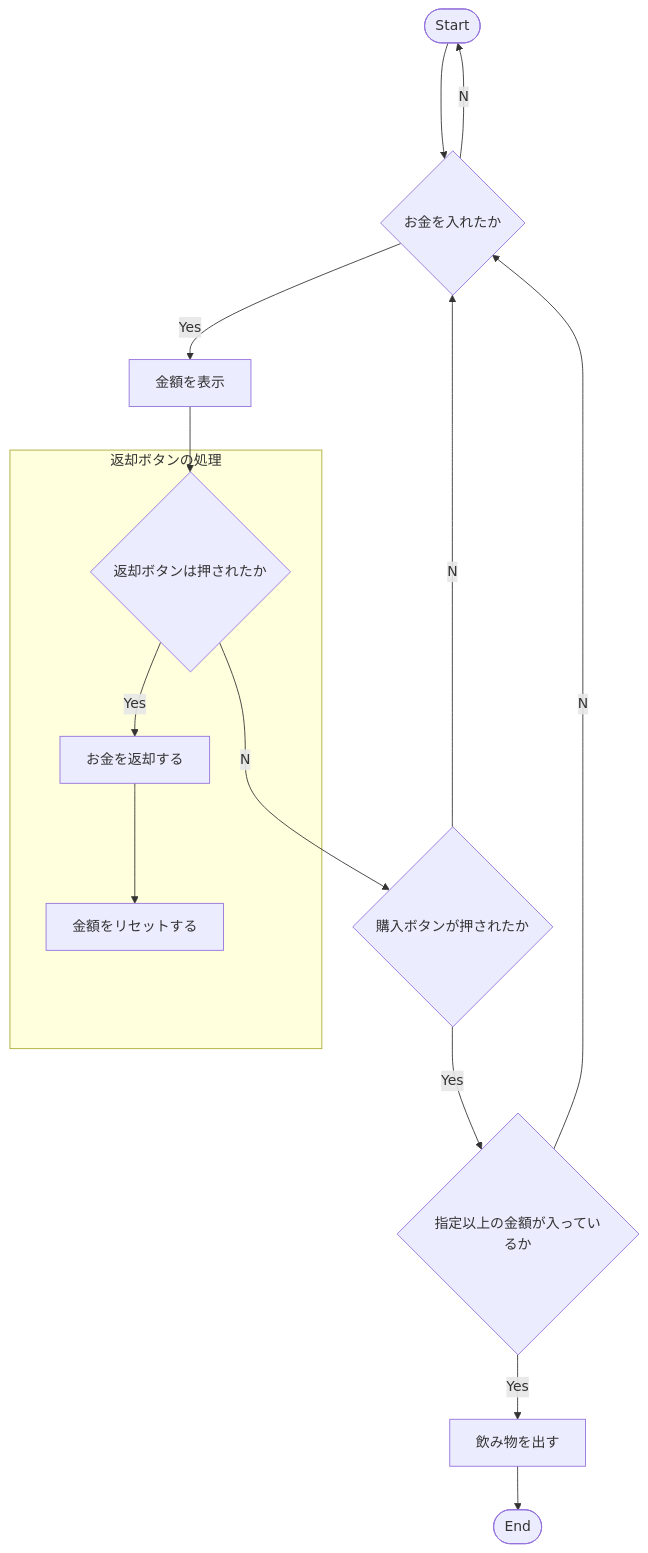
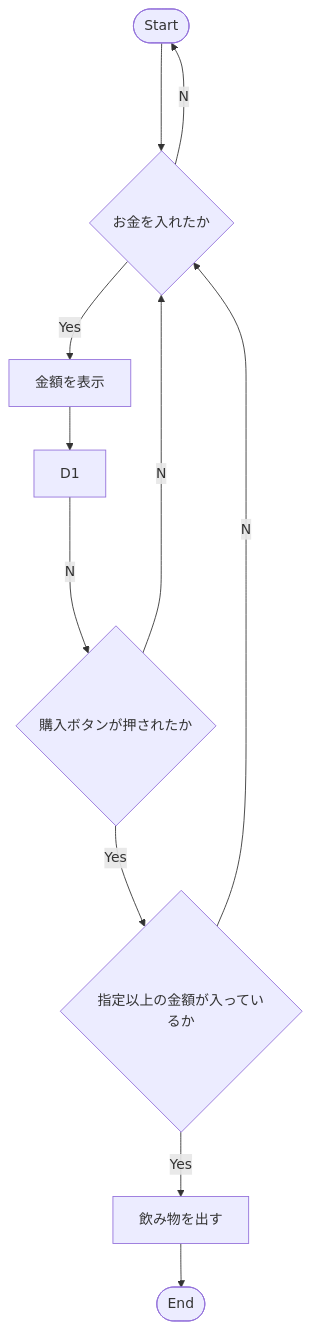
Before and after one commit to tpu-game-2022/mermaid_test: the diagram in README.md, drawn with Mermaid.

Commit message:
フローチャートを変更した

````diff
--- a/README.md
+++ b/README.md
@@ -20,18 +20,13 @@
 ```mermaid
 flowchart TB
   A([Start])-->B{お金を入れたか}
   B--Yes-->C[金額を表示]
   B--No-->A
   C-->D1
   D1--No-->E{購入ボタンが押されたか}
   E{購入ボタンが押されたか}--Yes-->F{指定以上の金額が入っているか}
   E--No-->B
   F--Yes-->G[飲み物を出す]
   F--No-->B
   G-->H([End])
-    subgraph 返却ボタンの処理
-    D1{返却ボタンは押されたか}--Yes-->D2[お金を返却する]
-    D2-->D3[金額をリセットする]
-    end
-
 ```
````
